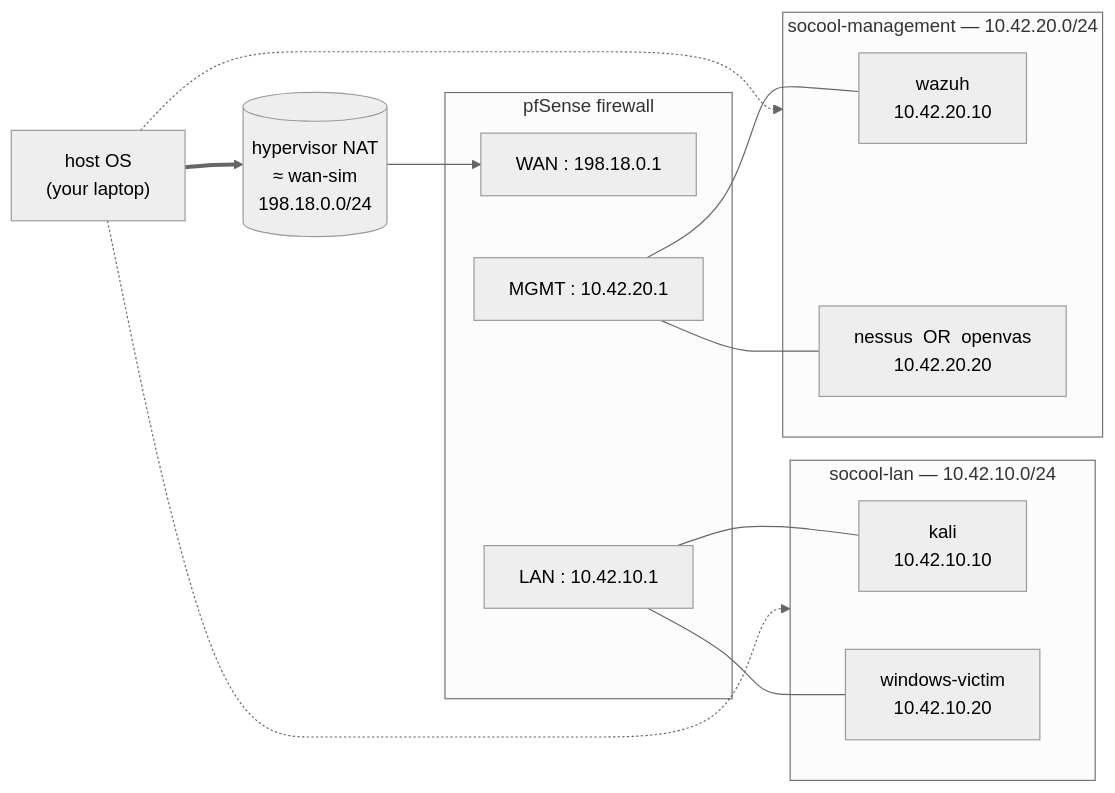
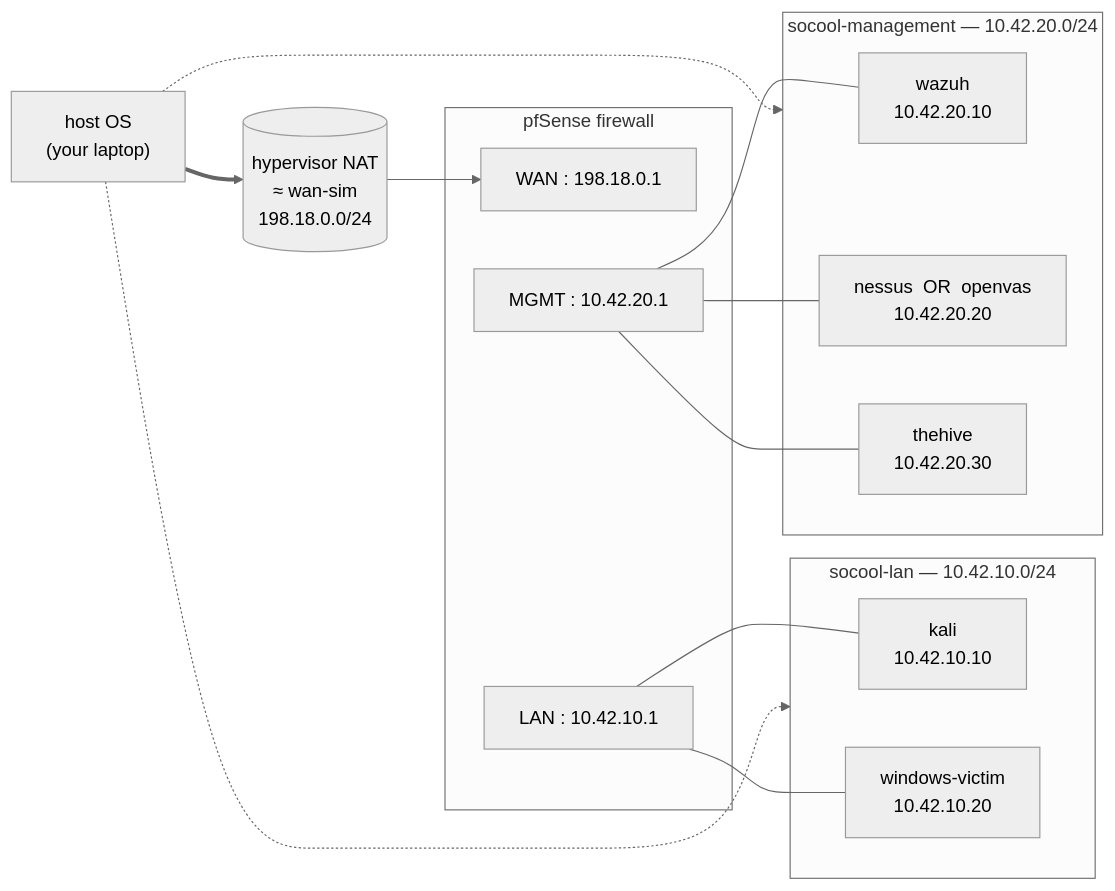
One commit to valITino/socool changed the diagram in docs/network-topology.md. Above: the diagram before and after it, drawn with Mermaid (neutral theme). The commit also changed other lines of this file and 19 other files, not shown here.

````diff
--- a/docs/network-topology.md
+++ b/docs/network-topology.md
@@ -14,31 +14,33 @@
 ```mermaid
 flowchart LR
     host["host OS<br/>(your laptop)"]
     host ==> nat_wansim[("hypervisor NAT<br/>≈ wan-sim<br/>198.18.0.0/24")]
 
     subgraph pfsense_vm ["pfSense firewall"]
         pfwan["WAN : 198.18.0.1"]
         pflan["LAN : 10.42.10.1"]
         pfmgmt["MGMT : 10.42.20.1"]
     end
 
     nat_wansim --> pfwan
 
     subgraph lan_net ["socool-lan — 10.42.10.0/24"]
         kali["kali<br/>10.42.10.10"]
         wvic["windows-victim<br/>10.42.10.20"]
     end
 
     subgraph mgmt_net ["socool-management — 10.42.20.0/24"]
         wazuh["wazuh<br/>10.42.20.10"]
         scanner["nessus &nbsp;OR&nbsp; openvas<br/>10.42.20.20"]
+        thehive["thehive<br/>10.42.20.30"]
     end
 
     pflan --- kali
     pflan --- wvic
     pfmgmt --- wazuh
     pfmgmt --- scanner
+    pfmgmt --- thehive
 
     host -.-> lan_net
     host -.-> mgmt_net
 ```
````
